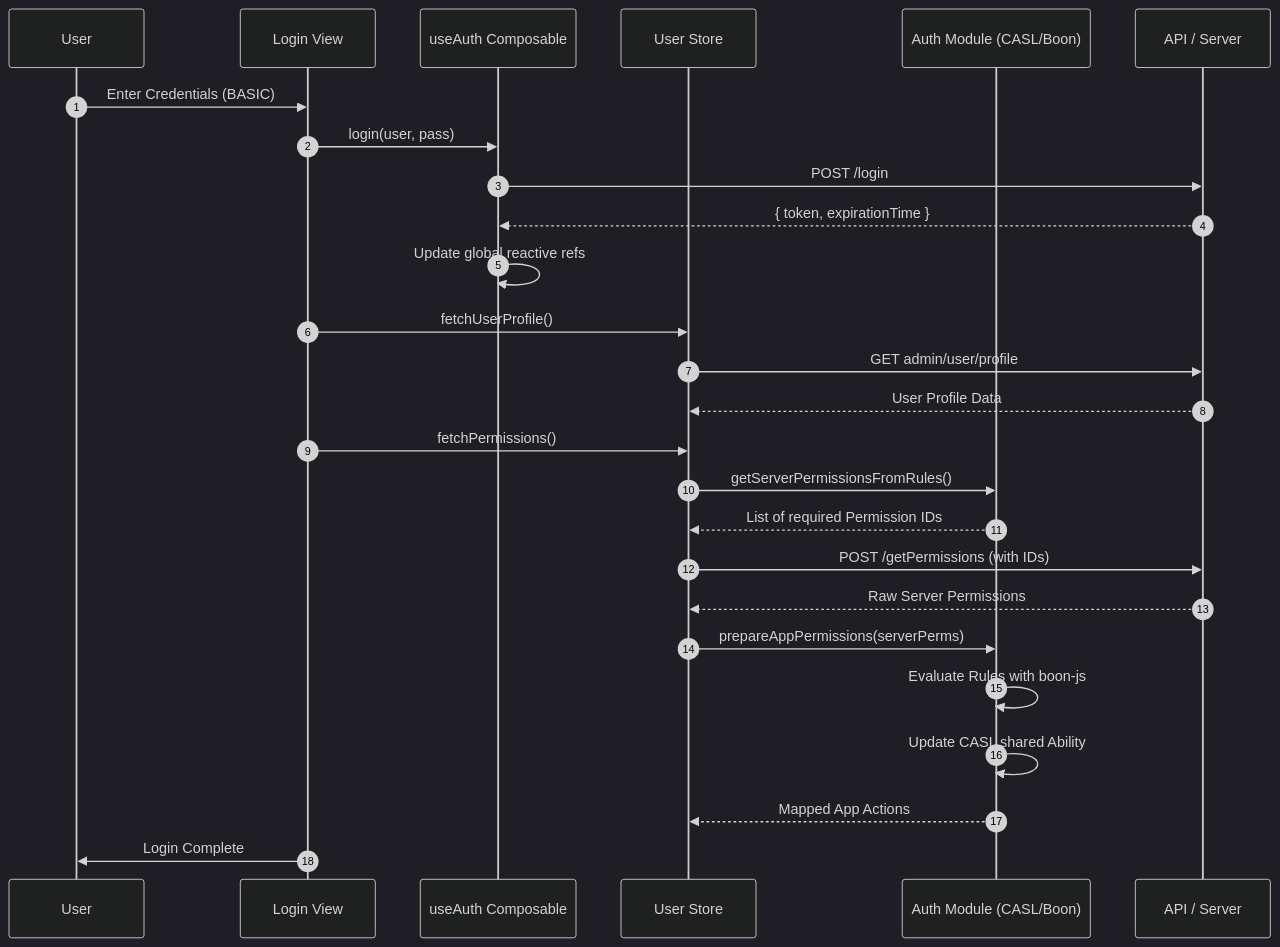
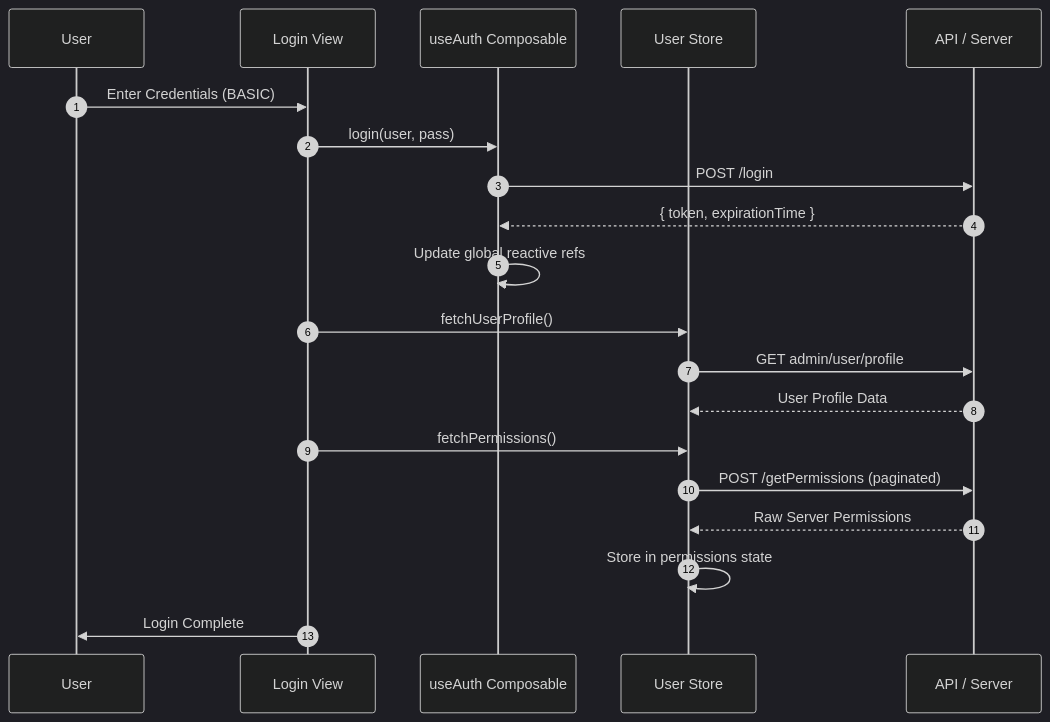
Before and after one commit to hotwax/launchpad: the diagram in docs/login.md, drawn with Mermaid (dark theme). The commit also changed other lines of this file and 4 other files, not shown here.

````diff
--- a/docs/login.md
+++ b/docs/login.md
@@ -73,32 +46,26 @@
 ```mermaid
 sequenceDiagram
     autonumber
     participant U as User
     participant V as Login View
     participant C as useAuth Composable
     participant S as User Store
-    participant I as Auth Module (CASL/Boon)
     participant A as API / Server
 
     U->>V: Enter Credentials (BASIC)
     V->>C: login(user, pass)
     C->>A: POST /login
     A-->>C: { token, expirationTime }
     C->>C: Update global reactive refs
     
     V->>S: fetchUserProfile()
     S->>A: GET admin/user/profile
     A-->>S: User Profile Data
     
     V->>S: fetchPermissions()
-    S->>I: getServerPermissionsFromRules()
-    I-->>S: List of required Permission IDs
-    S->>A: POST /getPermissions (with IDs)
+    S->>A: POST /getPermissions (paginated)
     A-->>S: Raw Server Permissions
-    S->>I: prepareAppPermissions(serverPerms)
-    I->>I: Evaluate Rules with boon-js
-    I->>I: Update CASL shared Ability
-    I-->>S: Mapped App Actions
+    S->>S: Store in permissions state
     
     V->>U: Login Complete
 ```
````
